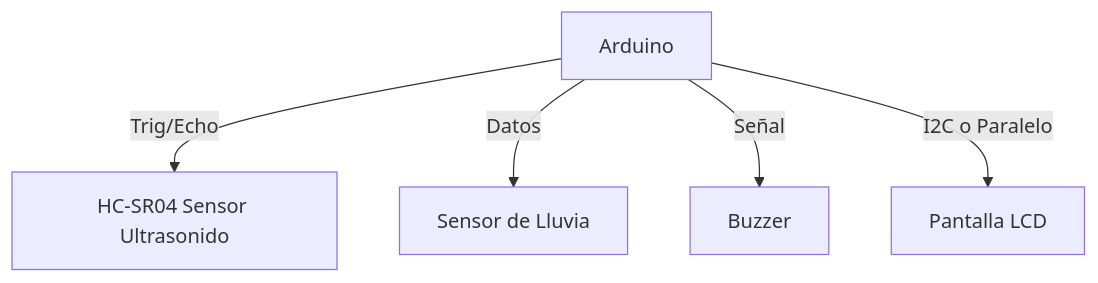
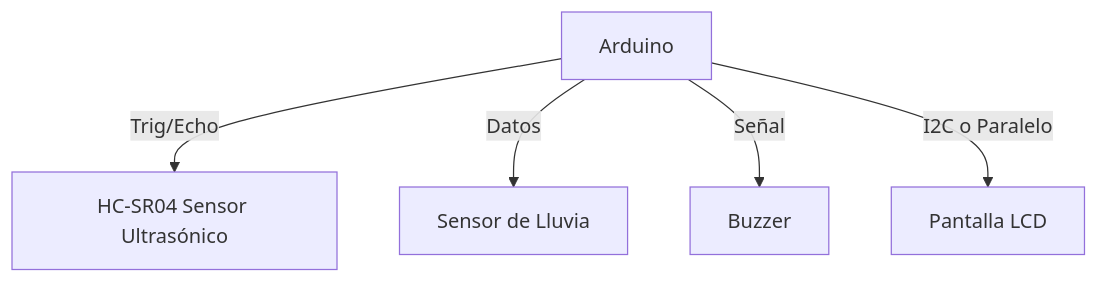
The first of 3 diagrams in README.md (JohnRojas06289/IOT2025), drawn with Mermaid before and after one commit. The commit also changed other lines of this file, not shown here.

````diff
--- a/README.md
+++ b/README.md
@@ -74,8 +74,8 @@
 ```mermaid
 graph TD;
-    A[Arduino] -->|Trig/Echo| B[HC-SR04 Sensor Ultrasonido]
+    A[Arduino] -->|Trig/Echo| B[HC-SR04 Sensor Ultrasónico]
     A -->|Datos| C[Sensor de Lluvia]
     A -->|Señal| D[Buzzer]
     A -->|I2C o Paralelo| E[Pantalla LCD]
 
 ```
````
